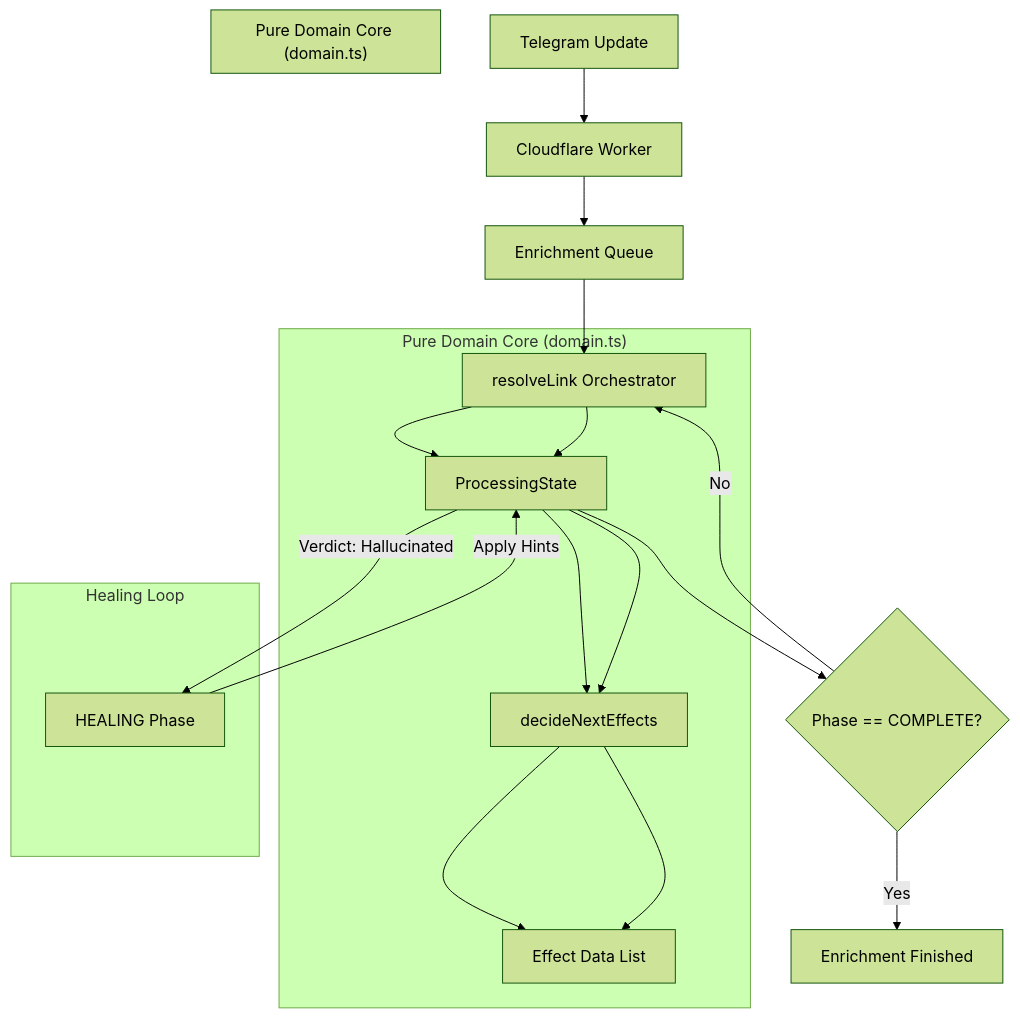
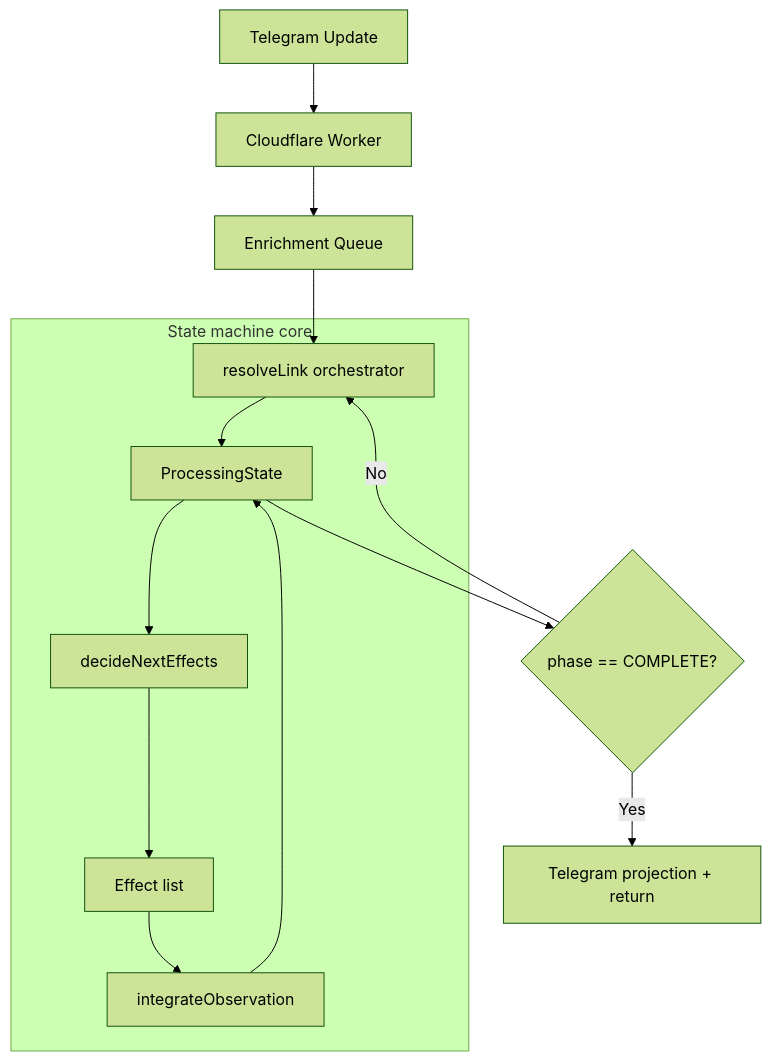
The diagram in ARCHITECTURE.md (moneyacademyKE/linxtex), drawn with Mermaid (forest theme) before and after one commit. The commit also changed other lines of this file and 2 other files, not shown here.

Commit message:
docs: align README and architecture docs

````diff
--- a/ARCHITECTURE.md
+++ b/ARCHITECTURE.md
@@ -9,27 +31,18 @@
 ```mermaid
 graph TD
     Update[Telegram Update] --> Worker[Cloudflare Worker]
     Worker --> Queue[Enrichment Queue]
-    Queue --> Orchestrator[resolveLink Orchestrator]
-    
-    subgraph "Pure Domain Core (domain.ts)"
+    Queue --> Orchestrator[resolveLink orchestrator]
+
+    subgraph "State machine core"
         Orchestrator --> State[ProcessingState]
         State --> Decider[decideNextEffects]
-        Decider --> Effects[Effect Data List]
-    end
-    
-    State --> Condition{Phase == COMPLETE?}
-    Condition -- No --> Orchestrator
-    Condition -- Yes --> Done[Enrichment Finished]
-
-    subgraph "Pure Domain Core (domain.ts)"
-        Orchestrator --> State
-        State --> Decider[decideNextEffects]
-        Decider --> Effects
+        Decider --> Effects[Effect list]
+        Effects --> Integrator[integrateObservation]
+        Integrator --> State
     end
 
-    subgraph "Healing Loop"
-        State -- Verdict: Hallucinated --> Healing[HEALING Phase]
-        Healing -- Apply Hints --> State
-    end
+    State --> Complete{phase == COMPLETE?}
+    Complete -- No --> Orchestrator
+    Complete -- Yes --> Projection[Telegram projection + return]
 ```
````
